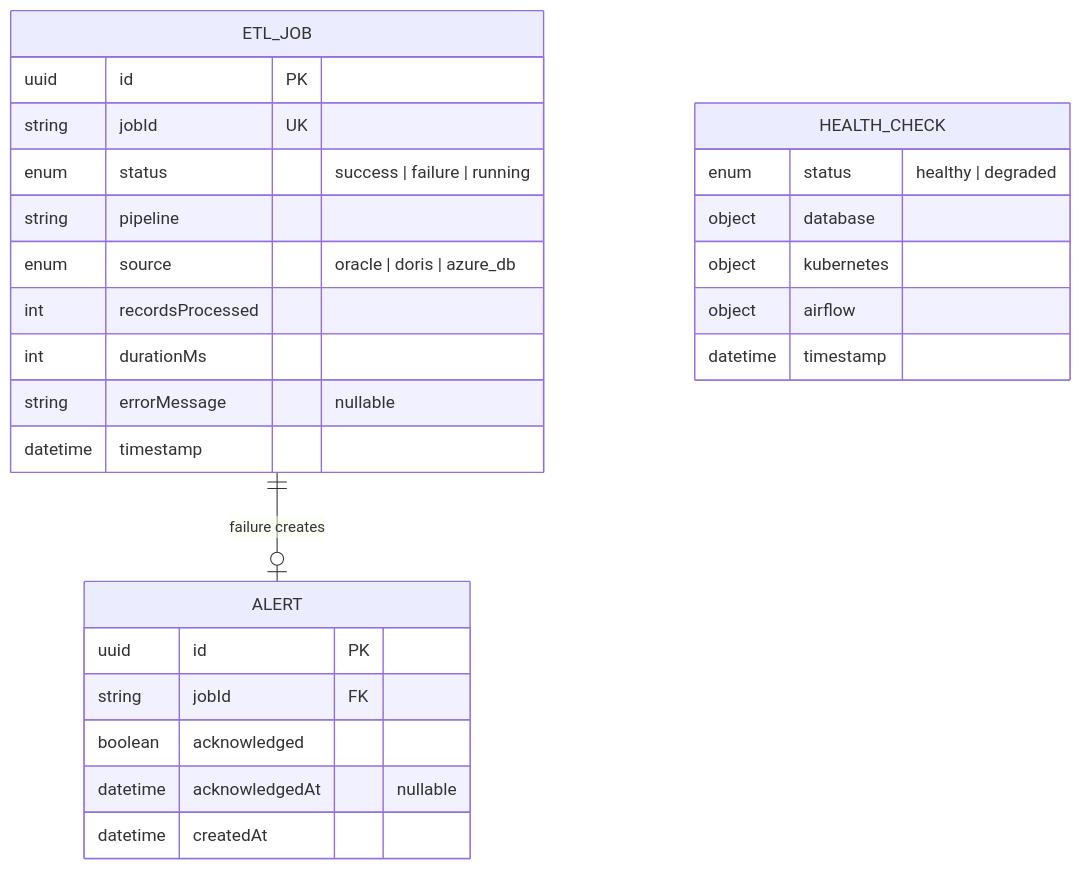
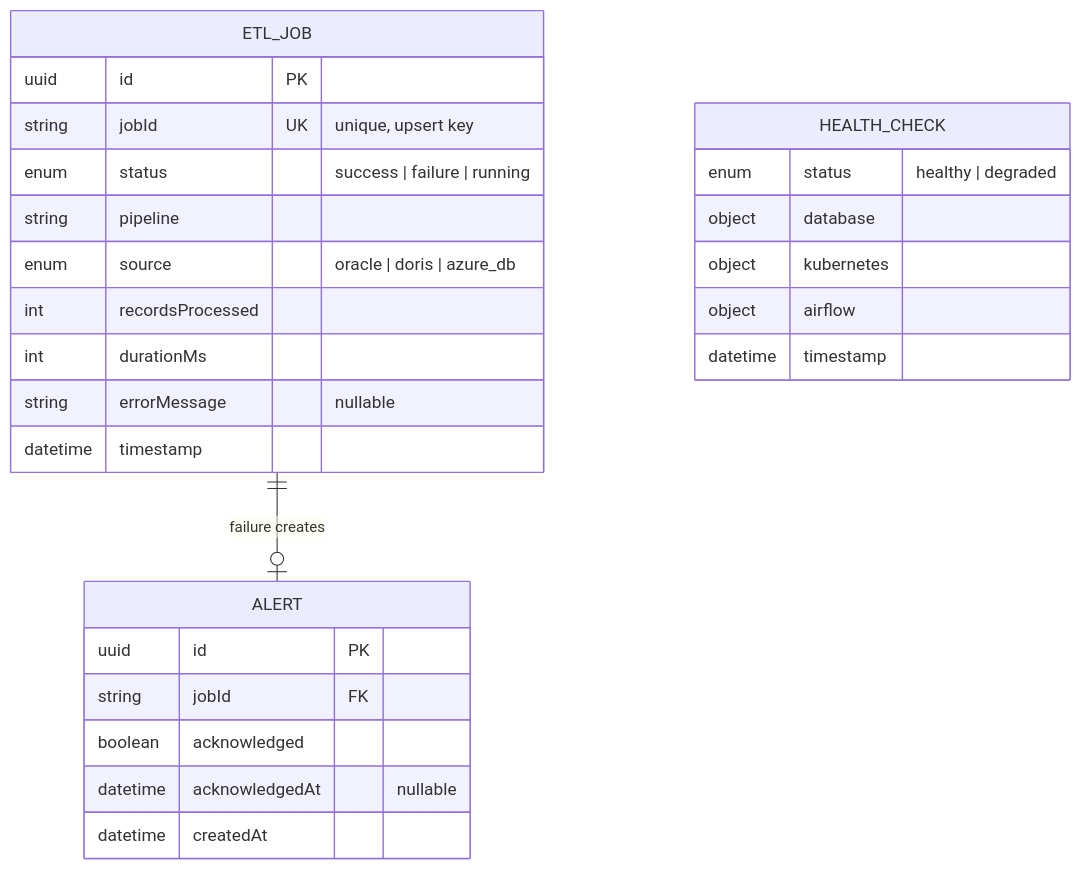
Before and after one commit to umarhashmi2002/Assessment-SmithFarm: the third of 7 diagrams in README.md, drawn with Mermaid. The commit also changed other lines of this file, not shown here.

Commit message:
Fix review feedback: align jobId upsert semantics in docs, correct test counts to verified 137, add Chosen Advanced Feature section, improve Scope and Limitations, fix API endpoint docs

````diff
--- a/README.md
+++ b/README.md
@@ -140,32 +140,32 @@
 ```mermaid
 erDiagram
     ETL_JOB {
         uuid id PK
-        string jobId UK
+        string jobId UK "unique, upsert key"
         enum status "success | failure | running"
         string pipeline
         enum source "oracle | doris | azure_db"
         int recordsProcessed
         int durationMs
         string errorMessage "nullable"
         datetime timestamp
     }
 
     ALERT {
         uuid id PK
         string jobId FK
         boolean acknowledged
         datetime acknowledgedAt "nullable"
         datetime createdAt
     }
 
     HEALTH_CHECK {
         enum status "healthy | degraded"
         object database
         object kubernetes
         object airflow
         datetime timestamp
     }
 
     ETL_JOB ||--o| ALERT : "failure creates"
 ```
````
